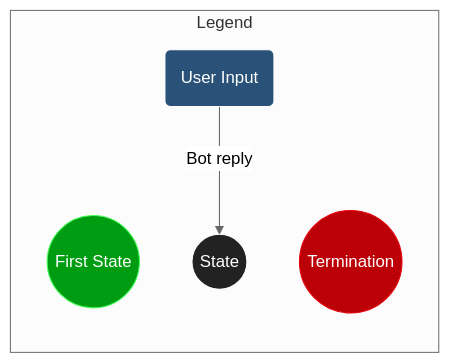
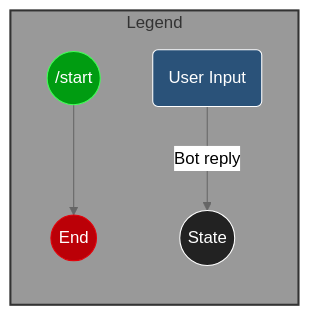
One commit to python-telegram-bot/python-telegram-bot changed the diagram in examples/diagram-legend.mmd. Above: the diagram before and after it, drawn with Mermaid (neutral theme). The commit also changed 3 other files, not shown here.

Commit message:
smaller improvements of diagrams

```diff
--- a/examples/diagram-legend.mmd
+++ b/examples/diagram-legend.mmd
@@ -1,11 +1,11 @@
 flowchart TB
-  subgraph Legend
+  subgraph legend[Legend]
     direction TB
-      firstStateLegend(("First State")):::firstState
-      terminationLegend(("Termination")):::termination
+      entryPointLegend(("/start")):::entryPoint --> terminationLegend(("End")):::termination
       userInput(User Input):::userInput --> |"Bot reply"| state((State)):::state
   end
   classDef userInput  fill:#2a5279, color:#ffffff, stroke:#ffffff
   classDef state fill:#222222, color:#ffffff, stroke:#ffffff
-  classDef firstState fill:#009c11, stroke:#42FF57, color:#ffffff
+  classDef entryPoint fill:#009c11, stroke:#42FF57, color:#ffffff
   classDef termination fill:#bb0007, stroke:#E60109, color:#ffffff
+  style legend fill:#999999, stroke-width:2px, stroke:#333333
```
